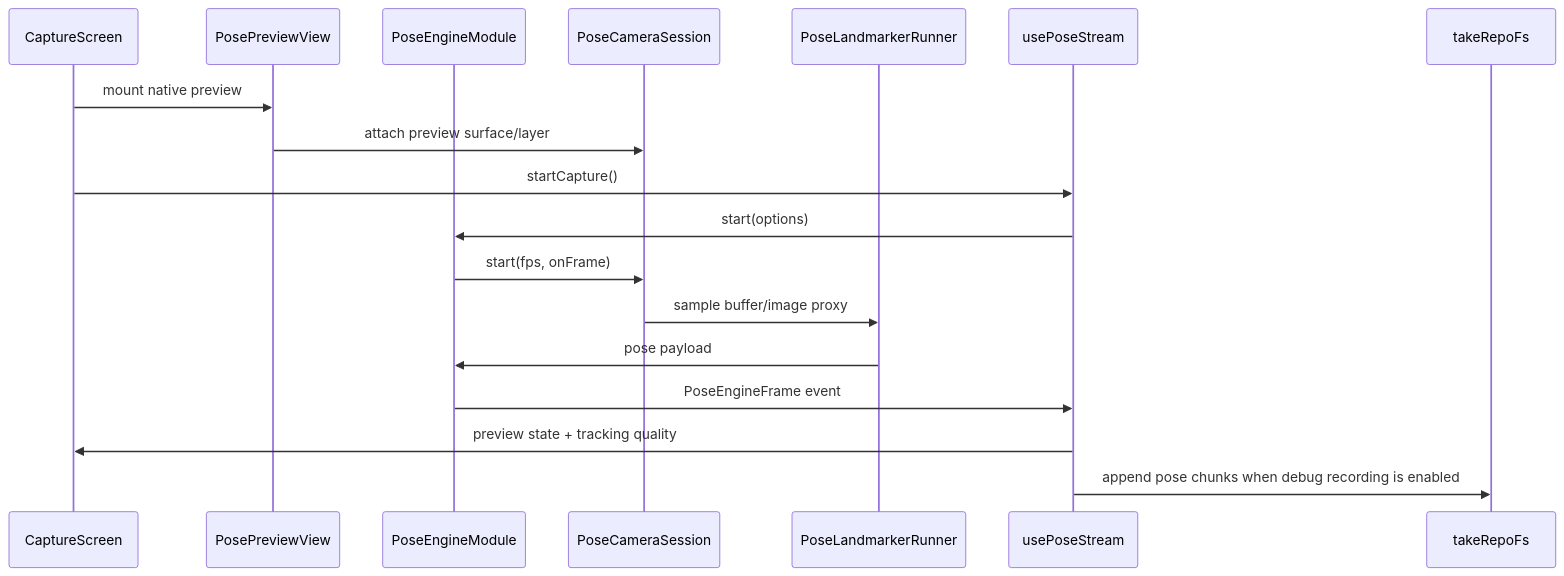
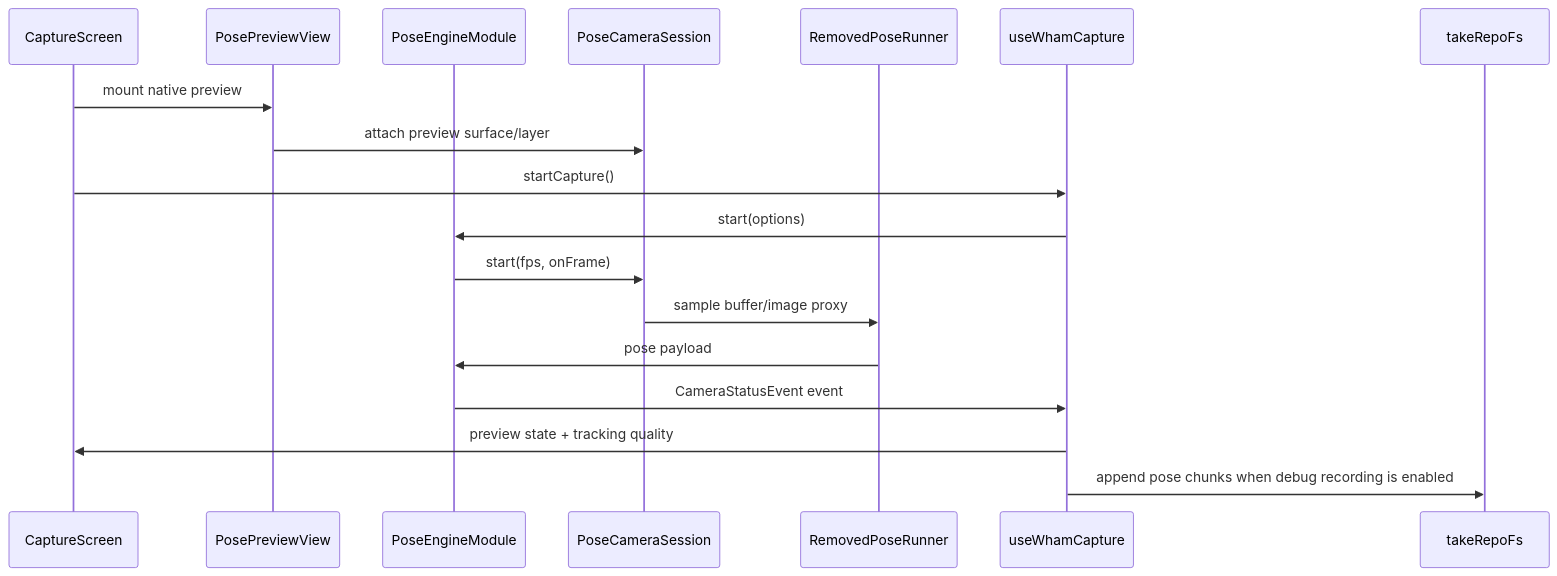
The diagram in docs/architecture/current-codebase-audit.md (coskunburak/mocap), drawn with Mermaid before and after one commit. The commit also changed other lines of this file and 45 other files, not shown here.

Commit message:
Document WHAM-only motion capture architecture

````diff
--- a/docs/architecture/current-codebase-audit.md
+++ b/docs/architecture/current-codebase-audit.md
@@ -15,21 +15,21 @@
 ```mermaid
 sequenceDiagram
   participant UI as CaptureScreen
   participant Preview as PosePreviewView
   participant Native as PoseEngineModule
   participant Camera as PoseCameraSession
-  participant Runner as PoseLandmarkerRunner
-  participant Hook as usePoseStream
+  participant Runner as RemovedPoseRunner
+  participant Hook as useWhamCapture
   participant Repo as takeRepoFs
 
   UI->>Preview: mount native preview
   Preview->>Camera: attach preview surface/layer
   UI->>Hook: startCapture()
   Hook->>Native: start(options)
   Native->>Camera: start(fps, onFrame)
   Camera->>Runner: sample buffer/image proxy
   Runner->>Native: pose payload
-  Native->>Hook: PoseEngineFrame event
+  Native->>Hook: CameraStatusEvent event
   Hook->>UI: preview state + tracking quality
   Hook->>Repo: append pose chunks when debug recording is enabled
 ```
````
